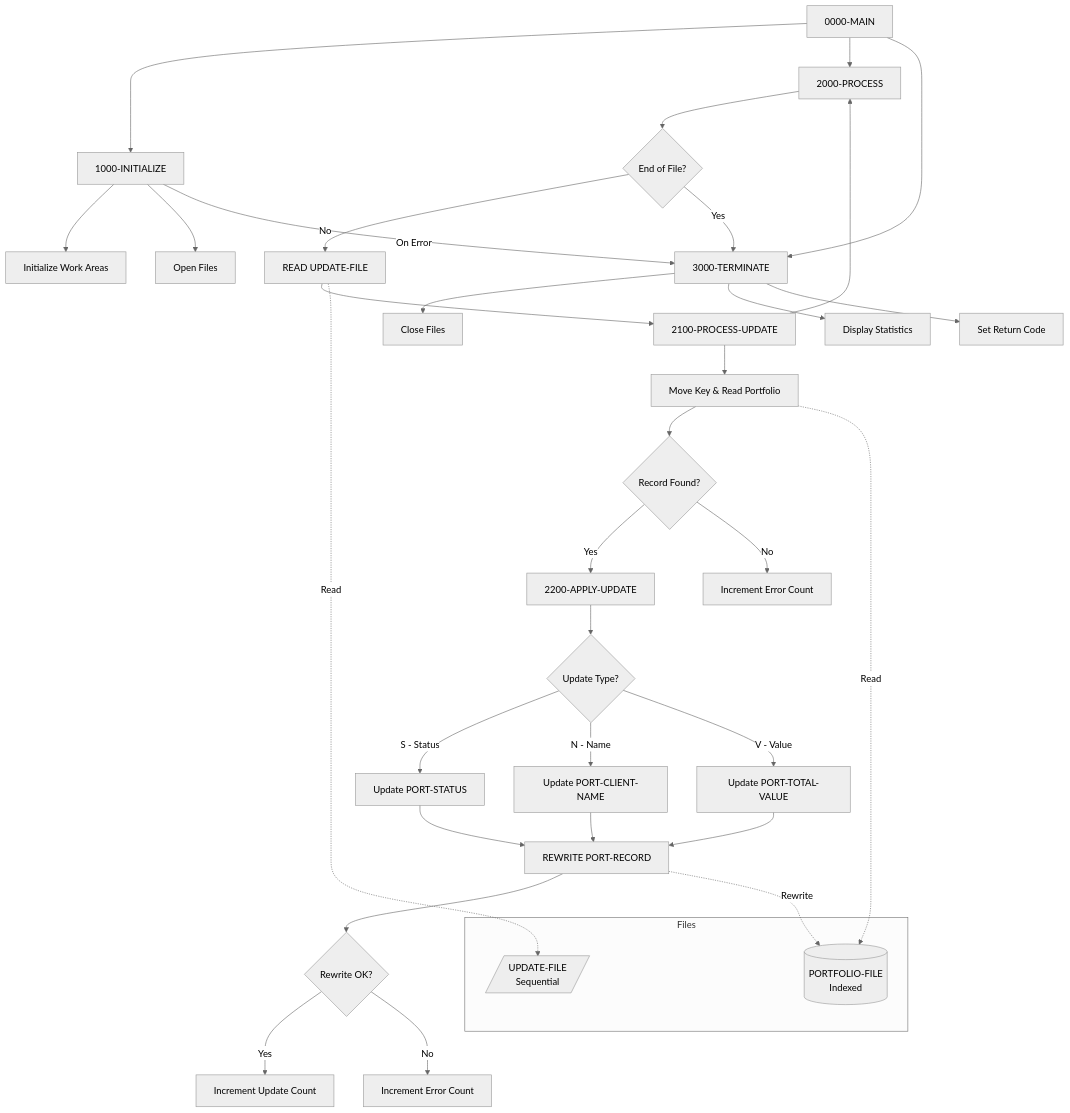
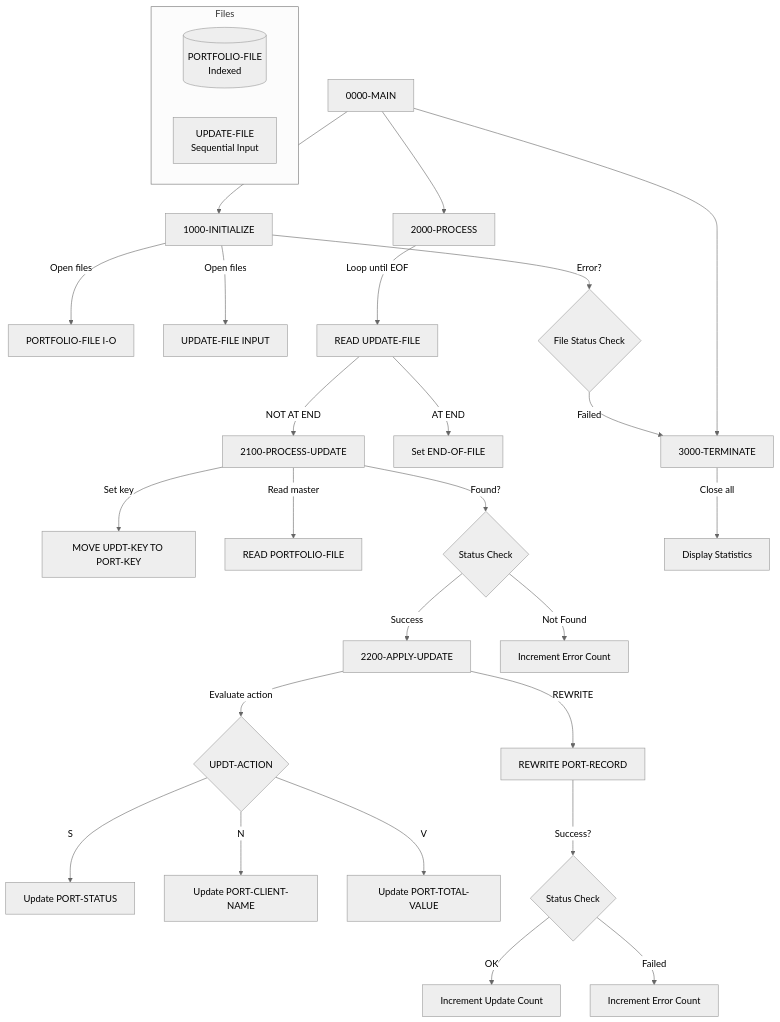
Before and after one commit to haladir-com/legacy-benchmark-docs-vb70e1: the diagram in docs/programs/PORTUPDT.mdx, drawn with Mermaid (neutral theme). The commit also changed other lines of this file and 63 other files, not shown here.

````diff
--- a/docs/programs/PORTUPDT.mdx
+++ b/docs/programs/PORTUPDT.mdx
@@ -19,47 +19,38 @@
 ```mermaid
 graph TD
     A[0000-MAIN] --> B[1000-INITIALIZE]
     A --> C[2000-PROCESS]
     A --> D[3000-TERMINATE]
     
-    B --> E[Initialize Work Areas]
-    B --> F[Open Files]
-    B -->|On Error| D
+    B -->|Open files| E[PORTFOLIO-FILE I-O]
+    B -->|Open files| F[UPDATE-FILE INPUT]
+    B -->|Error?| G{File Status Check}
+    G -->|Failed| D
     
-    C --> G{End of File?}
-    G -->|No| H[READ UPDATE-FILE]
-    H --> I[2100-PROCESS-UPDATE]
-    I --> C
-    G -->|Yes| D
+    C -->|Loop until EOF| H[READ UPDATE-FILE]
+    H -->|AT END| I[Set END-OF-FILE]
+    H -->|NOT AT END| J[2100-PROCESS-UPDATE]
     
-    I --> J[Move Key & Read Portfolio]
-    J --> K{Record Found?}
-    K -->|Yes| L[2200-APPLY-UPDATE]
-    K -->|No| M[Increment Error Count]
+    J -->|Set key| K[MOVE UPDT-KEY TO PORT-KEY]
+    J -->|Read master| L[READ PORTFOLIO-FILE]
+    J -->|Found?| M{Status Check}
+    M -->|Success| N[2200-APPLY-UPDATE]
+    M -->|Not Found| O[Increment Error Count]
     
-    L --> N{Update Type?}
-    N -->|S - Status| O[Update PORT-STATUS]
-    N -->|N - Name| P[Update PORT-CLIENT-NAME]
-    N -->|V - Value| Q[Update PORT-TOTAL-VALUE]
+    N -->|Evaluate action| P{UPDT-ACTION}
+    P -->|S| Q[Update PORT-STATUS]
+    P -->|N| R[Update PORT-CLIENT-NAME]
+    P -->|V| S[Update PORT-TOTAL-VALUE]
     
-    O --> R[REWRITE PORT-RECORD]
-    P --> R
-    Q --> R
+    N -->|REWRITE| T[REWRITE PORT-RECORD]
+    T -->|Success?| U{Status Check}
+    U -->|OK| V[Increment Update Count]
+    U -->|Failed| W[Increment Error Count]
     
-    R --> S{Rewrite OK?}
-    S -->|Yes| T[Increment Update Count]
-    S -->|No| U[Increment Error Count]
-    
-    D --> V[Close Files]
-    D --> W[Display Statistics]
-    D --> X[Set Return Code]
+    D -->|Close all| X[Display Statistics]
     
     subgraph "Files"
         Y[(PORTFOLIO-FILE<br/>Indexed)]
-        Z[/UPDATE-FILE<br/>Sequential/]
+        Z[UPDATE-FILE<br/>Sequential Input]
     end
-    
-    H -.->|Read| Z
-    J -.->|Read| Y
-    R -.->|Rewrite| Y
 ```
````
